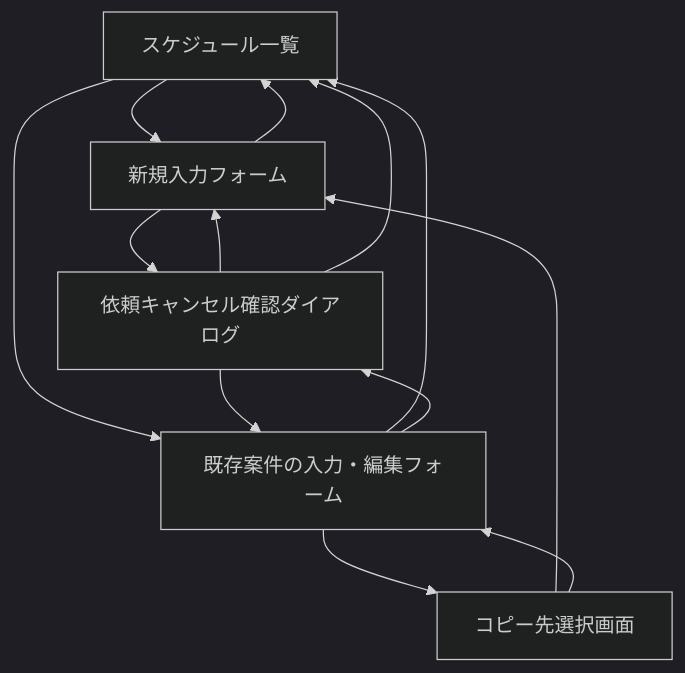
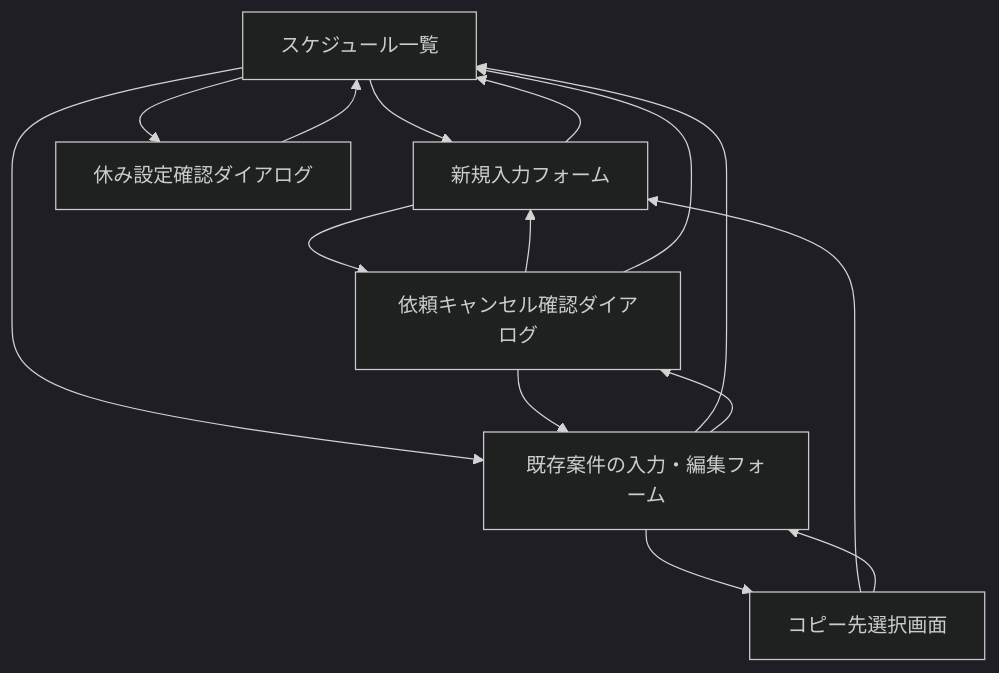
One commit to yuya-dev-dev/schedule-system changed the diagram in docs/screen-list.md. Above: the diagram before and after it, drawn with Mermaid (dark theme). The commit also changed other lines of this file and 7 other files, not shown here.

````diff
--- a/docs/screen-list.md
+++ b/docs/screen-list.md
@@ -151,15 +168,17 @@
 ```mermaid
 flowchart TD
     A["スケジュール一覧"] --> B["新規入力フォーム"]
     A --> C["既存案件の入力・編集フォーム"]
     B --> A
     C --> A
     C --> E["コピー先選択画面"]
     E --> B
     E --> C
+    A --> F["休み設定確認ダイアログ"]
+    F --> A
     B --> D["依頼キャンセル確認ダイアログ"]
     C --> D
     D --> B
     D --> C
     D --> A
 ```
````
